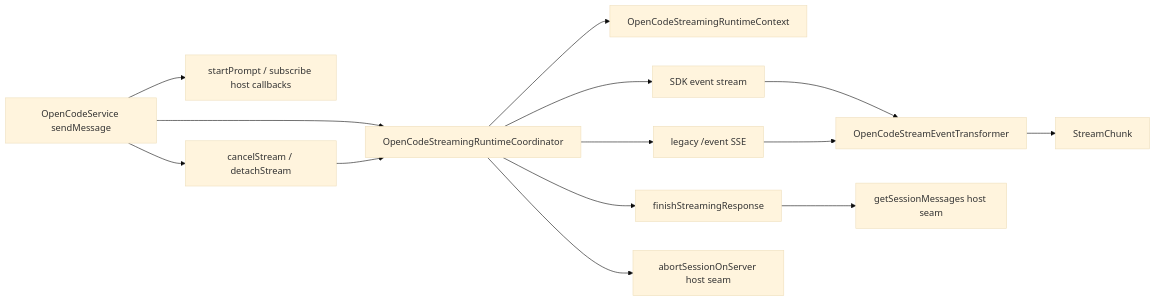
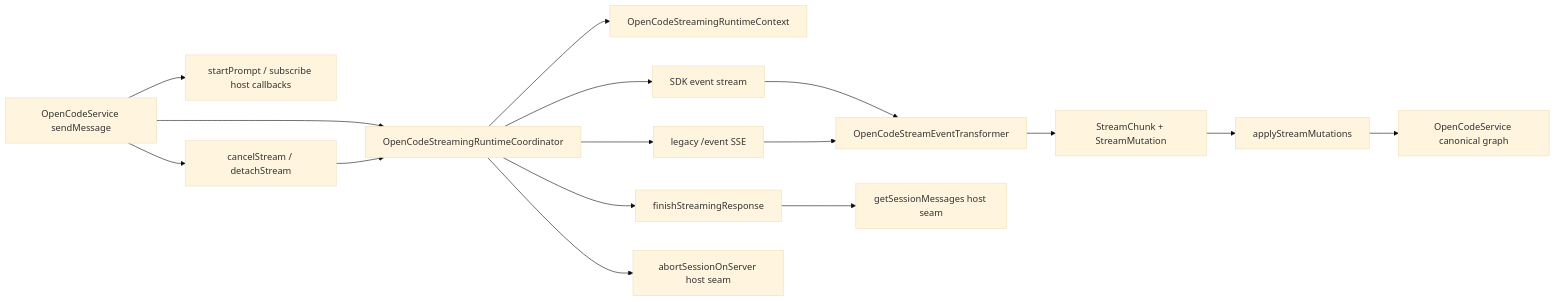
Before and after one commit to OCDcreator/opencodian: the diagram in docs/modules/core/opencode/OpenCodeStreamingRuntimeCoordinator.md, drawn with Mermaid (base theme). The commit also changed other lines of this file and 11 other files, not shown here.

Commit message:
autopilot: round 4 - stream canonical part mutations

````diff
--- a/docs/modules/core/opencode/OpenCodeStreamingRuntimeCoordinator.md
+++ b/docs/modules/core/opencode/OpenCodeStreamingRuntimeCoordinator.md
@@ -82,16 +84,18 @@
 ```mermaid
 graph LR
     A[OpenCodeService sendMessage] --> B[OpenCodeStreamingRuntimeCoordinator]
     A --> C[startPrompt / subscribe host callbacks]
     B --> D[OpenCodeStreamingRuntimeContext]
     B --> E[SDK event stream]
     B --> F[legacy /event SSE]
     E --> G[OpenCodeStreamEventTransformer]
     F --> G
-    G --> H[StreamChunk]
+    G --> H[StreamChunk + StreamMutation]
+    H --> M[applyStreamMutations]
+    M --> N[OpenCodeService canonical graph]
     B --> I[finishStreamingResponse]
     I --> J[getSessionMessages host seam]
     A --> K[cancelStream / detachStream]
     K --> B
     B --> L[abortSessionOnServer host seam]
 ```
````
